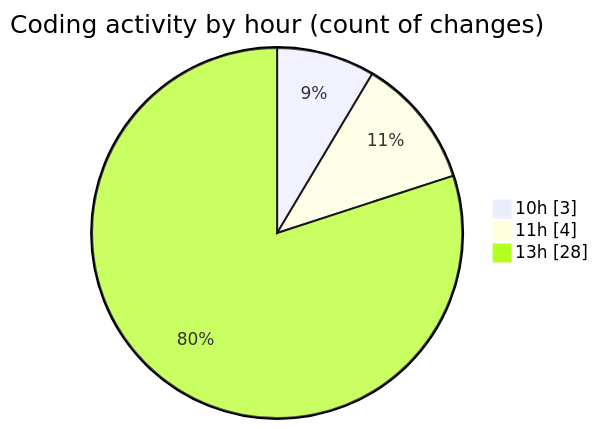
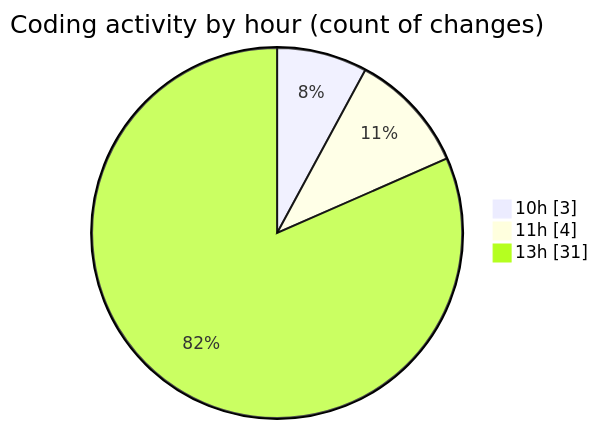
One commit to momahboobian/code-tracking changed the second of 2 diagrams in 2025-08-14/cda/README.md. Above: the diagram before and after it, drawn with Mermaid. The commit also changed other lines of this file and 1 other file, not shown here.

````diff
--- a/2025-08-14/cda/README.md
+++ b/2025-08-14/cda/README.md
@@ -43,7 +45,7 @@
 ```mermaid
 pie showData
 title Coding activity by hour (count of changes)
 "10h" : 3
 "11h" : 4
-"13h" : 28
+"13h" : 31
 ```
````
